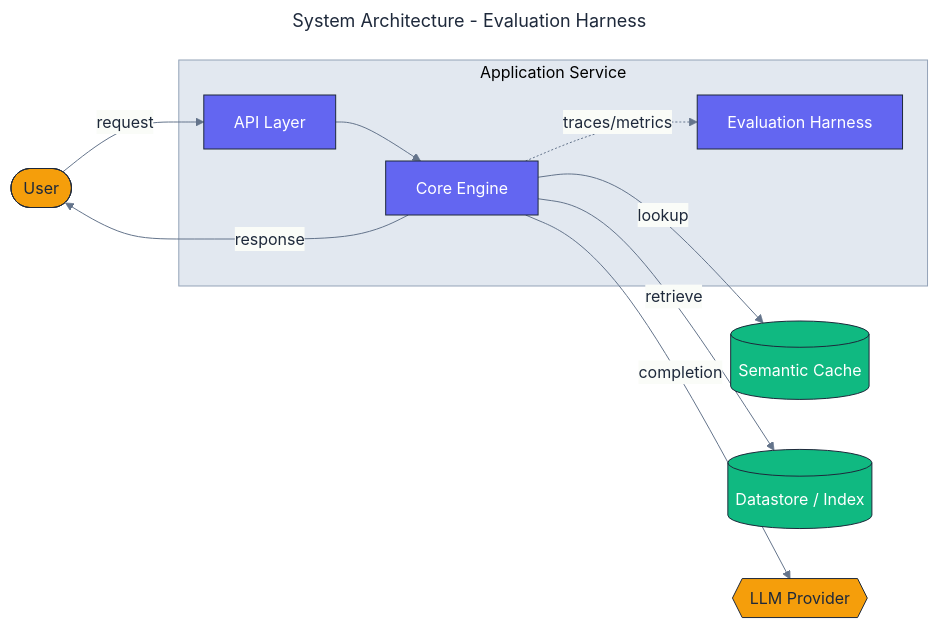
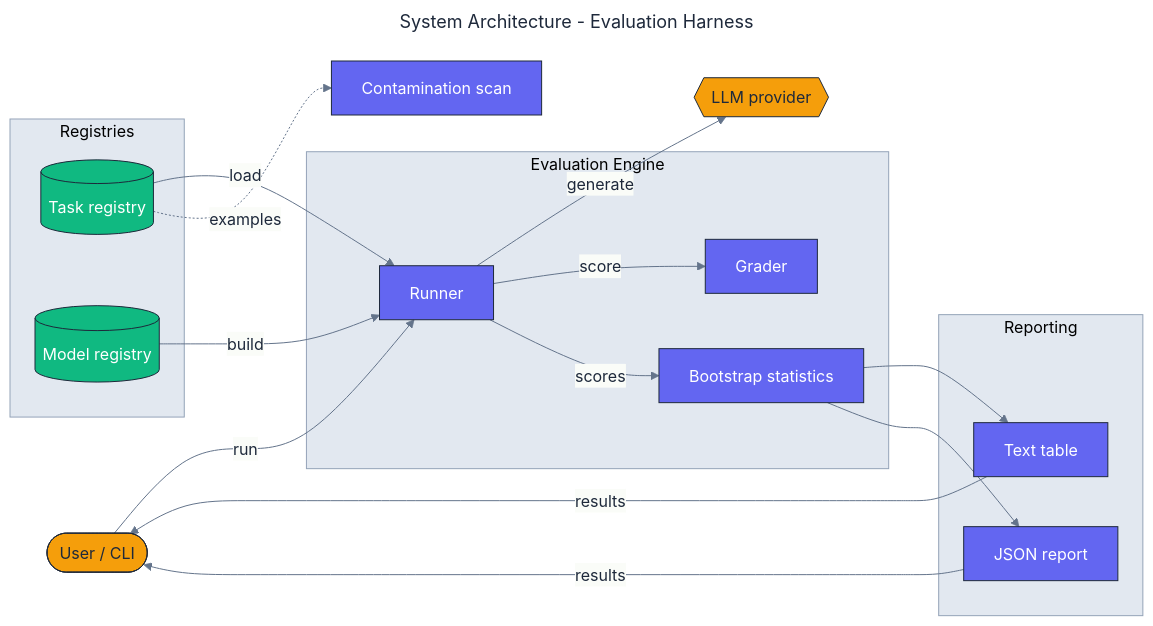
One commit to adeoluo/evaluation-harness changed the diagram in docs/architecture/architecture.mmd. Above: the diagram before and after it, drawn with Mermaid. The commit also changed 9 other files, not shown here.

First line of the commit message:
docs: write README, architecture diagram, reports, and cards

```diff
--- a/docs/architecture/architecture.mmd
+++ b/docs/architecture/architecture.mmd
@@ -1,38 +1,51 @@
 ---
 title: System Architecture - Evaluation Harness
 config:
   theme: base
   themeVariables:
     fontFamily: "Inter, system-ui, sans-serif"
     primaryColor: "#F8FAFC"
     primaryBorderColor: "#1E293B"
     primaryTextColor: "#1E293B"
     lineColor: "#64748B"
     clusterBkg: "#E2E8F0"
     clusterBorder: "#94A3B8"
 ---
 flowchart LR
     classDef core     fill:#6366F1,stroke:#1E293B,color:#ffffff,stroke-width:1px;
     classDef data     fill:#10B981,stroke:#1E293B,color:#ffffff,stroke-width:1px;
     classDef external fill:#F59E0B,stroke:#1E293B,color:#1E293B,stroke-width:1px;
-    classDef danger   fill:#EF4444,stroke:#1E293B,color:#ffffff,stroke-width:1px;
 
-    User([User]):::external
+    User([User / CLI]):::external
 
-    subgraph Application["Application Service"]
-        API[API Layer]:::core
-        Core[Core Engine]:::core
-        Evaluation[Evaluation Harness]:::core
+    subgraph Registries["Registries"]
+        Tasks[(Task registry)]:::data
+        Models[(Model registry)]:::data
     end
 
-    Cache[(Semantic Cache)]:::data
-    Store[(Datastore / Index)]:::data
-    LLM{{LLM Provider}}:::external
+    subgraph Engine["Evaluation Engine"]
+        Runner[Runner]:::core
+        Grader[Grader]:::core
+        Stats[Bootstrap statistics]:::core
+    end
 
-    User -->|request| API
-    API --> Core
-    Core -->|lookup| Cache
-    Core -->|retrieve| Store
-    Core -->|completion| LLM
-    Core -.->|traces/metrics| Evaluation
-    Core -->|response| User
+    Contam[Contamination scan]:::core
+
+    subgraph Output["Reporting"]
+        Table[Text table]:::core
+        Json[JSON report]:::core
+    end
+
+    Provider{{LLM provider}}:::external
+
+    User -->|run| Runner
+    Models -->|build| Runner
+    Tasks -->|load| Runner
+    Runner -->|generate| Provider
+    Runner -->|score| Grader
+    Runner -->|scores| Stats
+    Stats --> Table
+    Stats --> Json
+    Tasks -.->|examples| Contam
+    Table -->|results| User
+    Json -->|results| User
```
